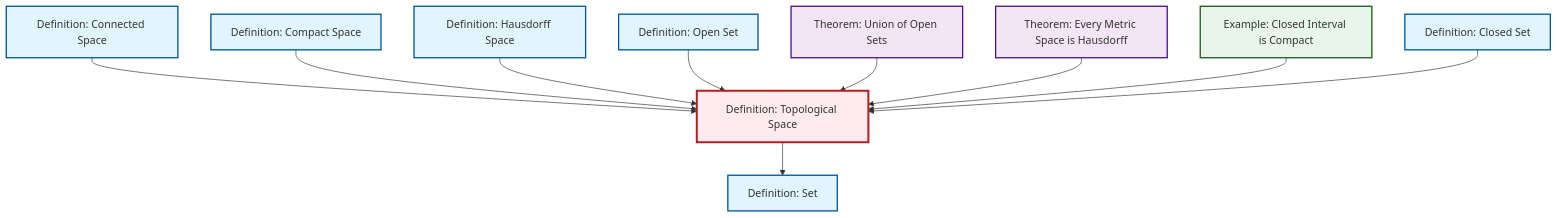
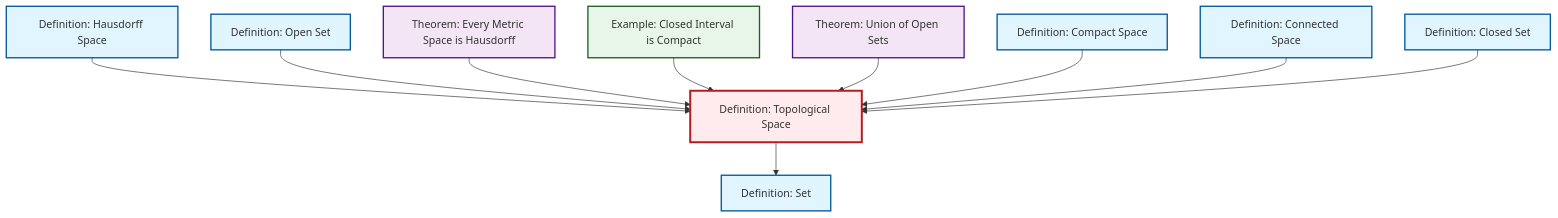
The diagram in content/en/topology/def-topological-space.qmd (RK0429/ModernMath), drawn with Mermaid before and after one commit. The commit also changed other lines of this file and 530 other files, not shown here.

````diff
--- a/content/en/topology/def-topological-space.qmd
+++ b/content/en/topology/def-topological-space.qmd
@@ -59,38 +59,38 @@
 ```{mermaid}
 %%| fig-cap: "Local dependency graph"
 graph TD
     classDef definition fill:#e1f5fe,stroke:#01579b,stroke-width:2px
     classDef theorem fill:#f3e5f5,stroke:#4a148c,stroke-width:2px
     classDef axiom fill:#fff3e0,stroke:#e65100,stroke-width:2px
     classDef example fill:#e8f5e9,stroke:#1b5e20,stroke-width:2px
     classDef current fill:#ffebee,stroke:#b71c1c,stroke-width:3px
+    ex-closed-interval-compact["Example: Closed Interval is Compact"]:::example
+    def-hausdorff["Definition: Hausdorff Space"]:::definition
+    def-compact["Definition: Compact Space"]:::definition
+    def-set["Definition: Set"]:::definition
+    thm-metric-hausdorff["Theorem: Every Metric Space is Hausdorff"]:::theorem
+    def-topological-space["Definition: Topological Space"]:::definition
     def-open-set["Definition: Open Set"]:::definition
-    def-set["Definition: Set"]:::definition
-    def-compact["Definition: Compact Space"]:::definition
     thm-union-open-sets["Theorem: Union of Open Sets"]:::theorem
-    def-hausdorff["Definition: Hausdorff Space"]:::definition
-    thm-metric-hausdorff["Theorem: Every Metric Space is Hausdorff"]:::theorem
     def-closed-set["Definition: Closed Set"]:::definition
     def-connected["Definition: Connected Space"]:::definition
-    def-topological-space["Definition: Topological Space"]:::definition
-    ex-closed-interval-compact["Example: Closed Interval is Compact"]:::example
-    def-connected --> def-topological-space
-    def-topological-space --> def-set
-    def-compact --> def-topological-space
     def-hausdorff --> def-topological-space
     def-open-set --> def-topological-space
-    thm-union-open-sets --> def-topological-space
     thm-metric-hausdorff --> def-topological-space
     ex-closed-interval-compact --> def-topological-space
+    def-topological-space --> def-set
+    thm-union-open-sets --> def-topological-space
+    def-compact --> def-topological-space
+    def-connected --> def-topological-space
     def-closed-set --> def-topological-space
     class def-topological-space current
+    click ex-closed-interval-compact "ex-closed-interval-compact.html" "Go to Closed Interval is Compact example"
+    click def-hausdorff "def-hausdorff.html" "Go to Hausdorff Space definition"
+    click def-compact "def-compact.html" "Go to Compact Space definition"
+    click def-set "def-set.html" "Go to Set definition"
+    click thm-metric-hausdorff "thm-metric-hausdorff.html" "Go to Every Metric Space is Hausdorff theorem"
     click def-open-set "def-open-set.html" "Go to Open Set definition"
-    click def-set "def-set.html" "Go to Set definition"
-    click def-compact "def-compact.html" "Go to Compact Space definition"
     click thm-union-open-sets "thm-union-open-sets.html" "Go to Union of Open Sets theorem"
-    click def-hausdorff "def-hausdorff.html" "Go to Hausdorff Space definition"
-    click thm-metric-hausdorff "thm-metric-hausdorff.html" "Go to Every Metric Space is Hausdorff theorem"
     click def-closed-set "def-closed-set.html" "Go to Closed Set definition"
     click def-connected "def-connected.html" "Go to Connected Space definition"
-    click ex-closed-interval-compact "ex-closed-interval-compact.html" "Go to Closed Interval is Compact example"
 ```
````
